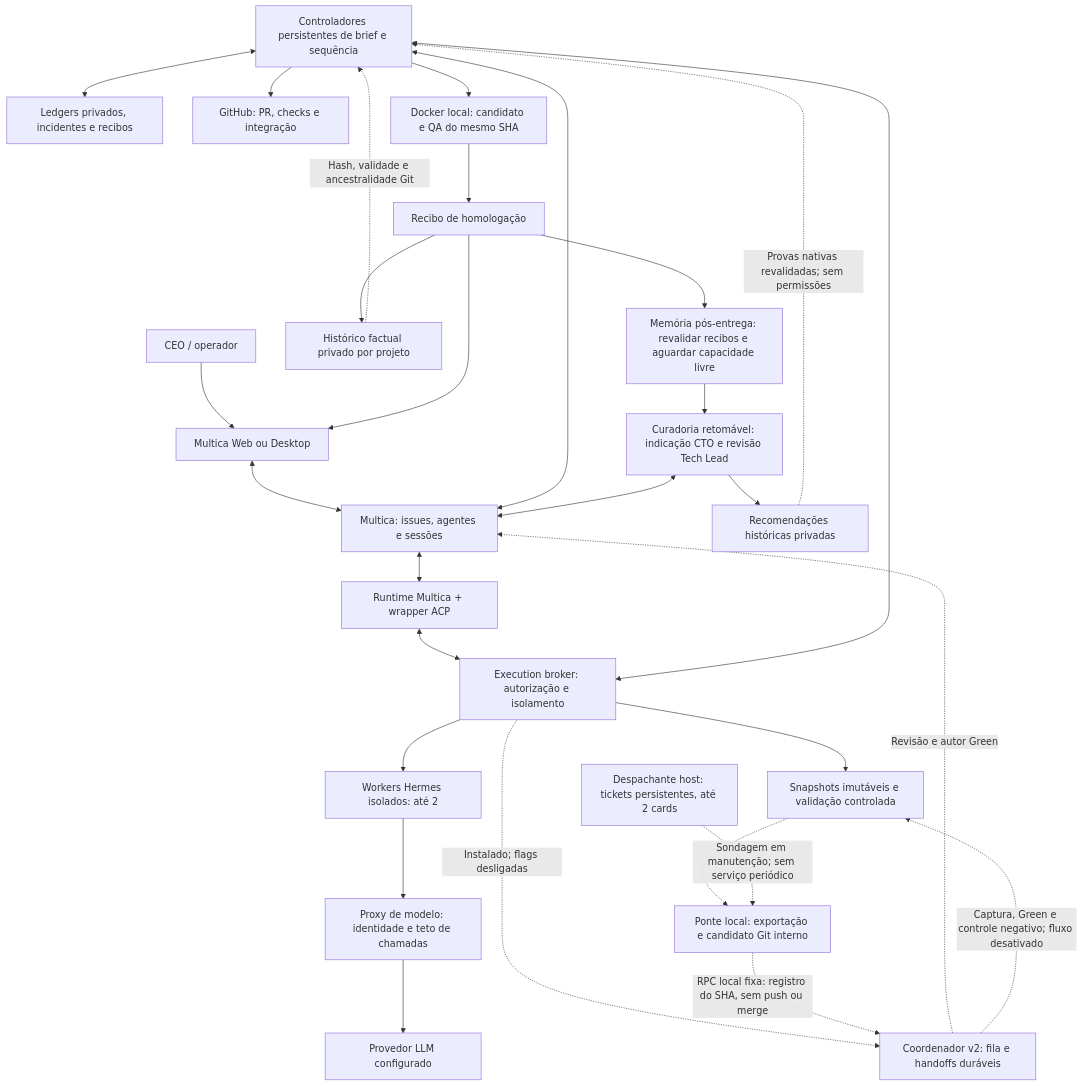
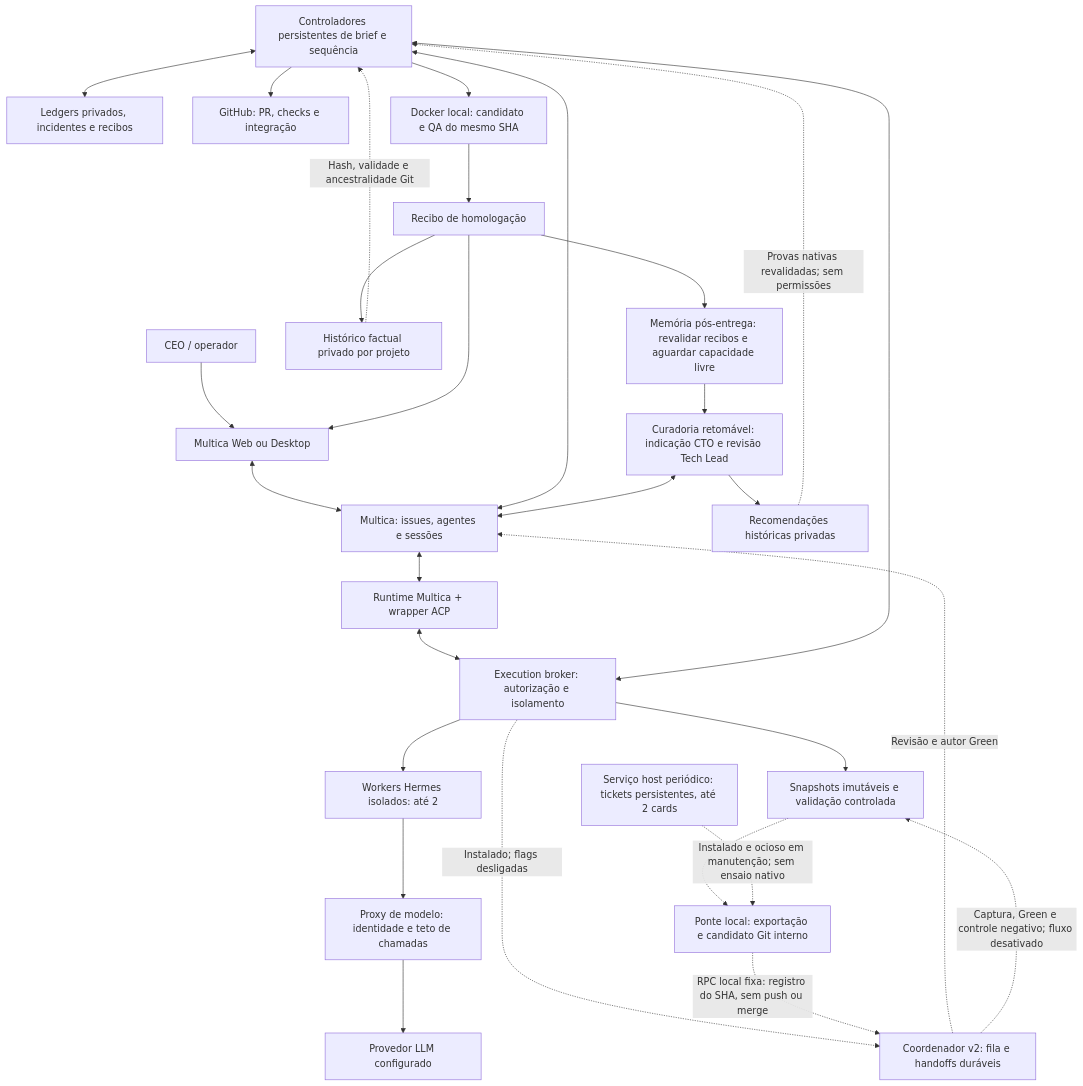
Before and after one commit to codifydeep/fabriquinha: the first of 8 diagrams in README.md, drawn with Mermaid. The commit also changed other lines of this file and 4 other files, not shown here.

````diff
--- a/README.md
+++ b/README.md
@@ -387,31 +404,31 @@
 ```mermaid
 flowchart TB
     CEO[CEO / operador] --> UI[Multica Web ou Desktop]
     UI <--> MC[Multica: issues, agentes e sessões]
     MC <--> RT[Runtime Multica + wrapper ACP]
     RT <--> B[Execution broker: autorização e isolamento]
     S[Controladores persistentes de brief e sequência] <--> MC
     S <--> B
     S <--> L[Ledgers privados, incidentes e recibos]
     B --> W[Workers Hermes isolados: até 2]
     W --> P[Proxy de modelo: identidade e teto de chamadas]
     P --> M[Provedor LLM configurado]
     B --> E[Snapshots imutáveis e validação controlada]
     B -.->|Instalado; flags desligadas| V2[Coordenador v2: fila e handoffs duráveis]
     V2 -.->|Revisão e autor Green| MC
     V2 -.->|Captura, Green e controle negativo; fluxo desativado| E
     E -.-> GX[Ponte local: exportação e candidato Git interno]
     GX -.->|RPC local fixa: registro do SHA, sem push ou merge| V2
-    GD[Despachante host: tickets persistentes, até 2 cards] -.->|Sondagem em manutenção; sem serviço periódico| GX
+    GD[Serviço host periódico: tickets persistentes, até 2 cards] -.->|Instalado e ocioso em manutenção; sem ensaio nativo| GX
     S --> GH[GitHub: PR, checks e integração]
     S --> QA[Docker local: candidato e QA do mesmo SHA]
     QA --> R[Recibo de homologação]
     R --> UI
     R --> HF[Histórico factual privado por projeto]
     HF -.->|Hash, validade e ancestralidade Git| S
     R --> MQ[Memória pós-entrega: revalidar recibos e aguardar capacidade livre]
     MQ --> C[Curadoria retomável: indicação CTO e revisão Tech Lead]
     C <--> MC
     C --> K[Recomendações históricas privadas]
     K -.->|Provas nativas revalidadas; sem permissões| S
 ```
````
